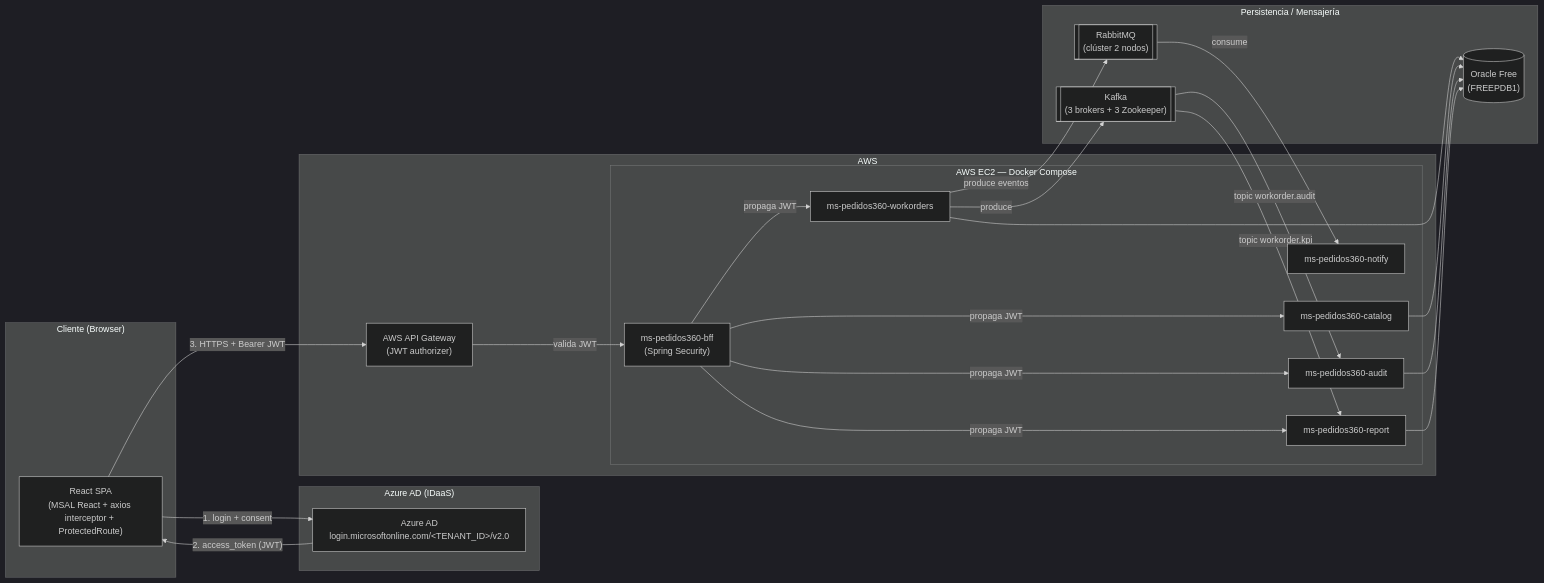
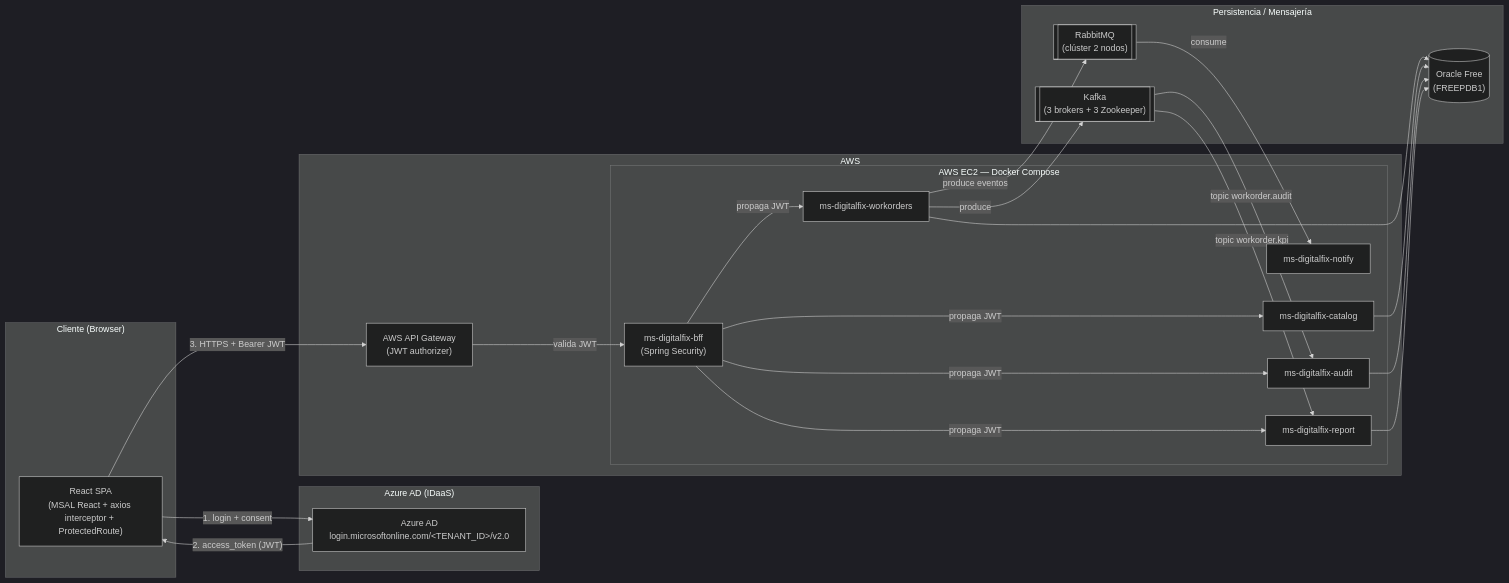
The diagram in README.md (yasser-duoc/CloudNative), drawn with Mermaid (dark theme) before and after one commit. The commit also changed other lines of this file and 213 other files, not shown here.

````diff
--- a/README.md
+++ b/README.md
@@ -12,50 +12,50 @@
 ```mermaid
 flowchart LR
     subgraph Client["Cliente (Browser)"]
         FE["React SPA<br/>(MSAL React + axios interceptor + ProtectedRoute)"]
     end
 
     subgraph Azure["Azure AD (IDaaS)"]
         AAD["Azure AD<br/>login.microsoftonline.com/&lt;TENANT_ID&gt;/v2.0"]
     end
 
     FE -->|"1. login + consent"| AAD
     AAD -->|"2. access_token (JWT)"| FE
 
     subgraph AWS["AWS"]
         GW["AWS API Gateway<br/>(JWT authorizer)"]
         subgraph EC2["AWS EC2 — Docker Compose"]
-            BFF["ms-pedidos360-bff<br/>(Spring Security)"]
-            WO["ms-pedidos360-workorders"]
-            CAT["ms-pedidos360-catalog"]
-            NTF["ms-pedidos360-notify"]
-            AUD["ms-pedidos360-audit"]
-            RPT["ms-pedidos360-report"]
+            BFF["ms-digitalfix-bff<br/>(Spring Security)"]
+            WO["ms-digitalfix-workorders"]
+            CAT["ms-digitalfix-catalog"]
+            NTF["ms-digitalfix-notify"]
+            AUD["ms-digitalfix-audit"]
+            RPT["ms-digitalfix-report"]
         end
     end
 
     FE -->|"3. HTTPS + Bearer JWT"| GW
     GW -->|"valida JWT"| BFF
     BFF -->|"propaga JWT"| WO
     BFF -->|"propaga JWT"| CAT
     BFF -->|"propaga JWT"| AUD
     BFF -->|"propaga JWT"| RPT
 
     subgraph Data["Persistencia / Mensajería"]
         ORA[("Oracle Free<br/>(FREEPDB1)")]
         RMQ[["RabbitMQ<br/>(clúster 2 nodos)"]]
         KFK[["Kafka<br/>(3 brokers + 3 Zookeeper)"]]
     end
 
     WO --> ORA
     CAT --> ORA
     AUD --> ORA
     RPT --> ORA
 
     WO -->|"produce eventos"| RMQ
     RMQ -->|"consume"| NTF
 
     WO -->|"produce"| KFK
     KFK -->|"topic workorder.audit"| AUD
     KFK -->|"topic workorder.kpi"| RPT
 ```
````
